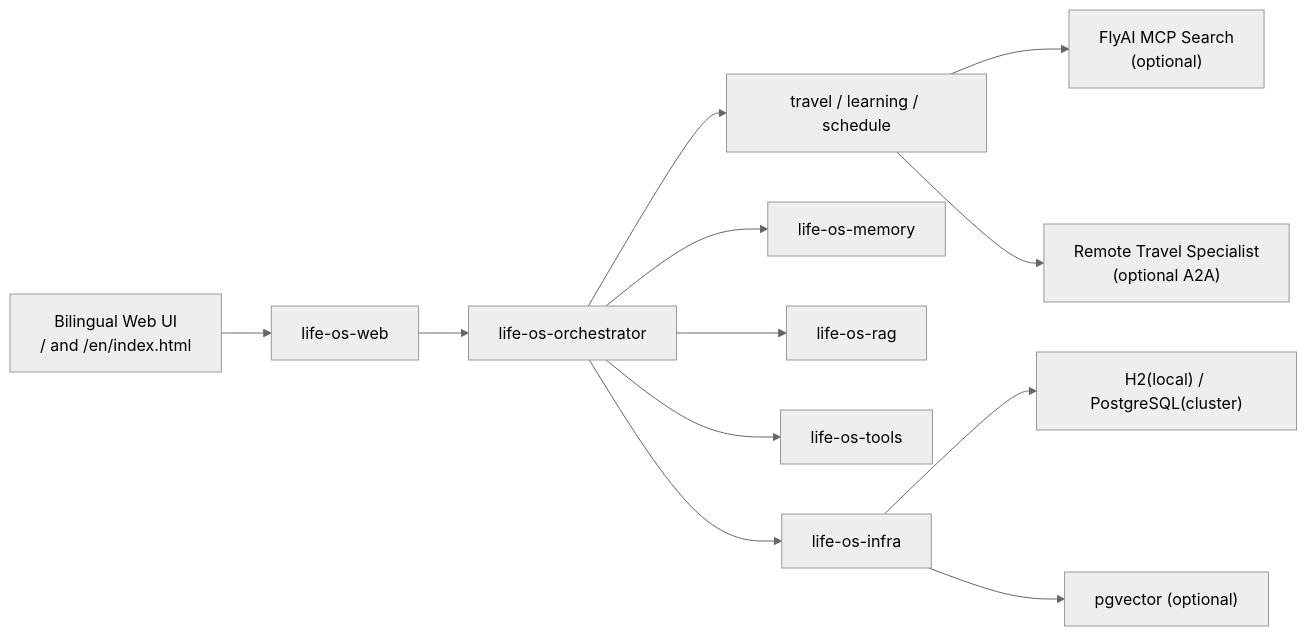
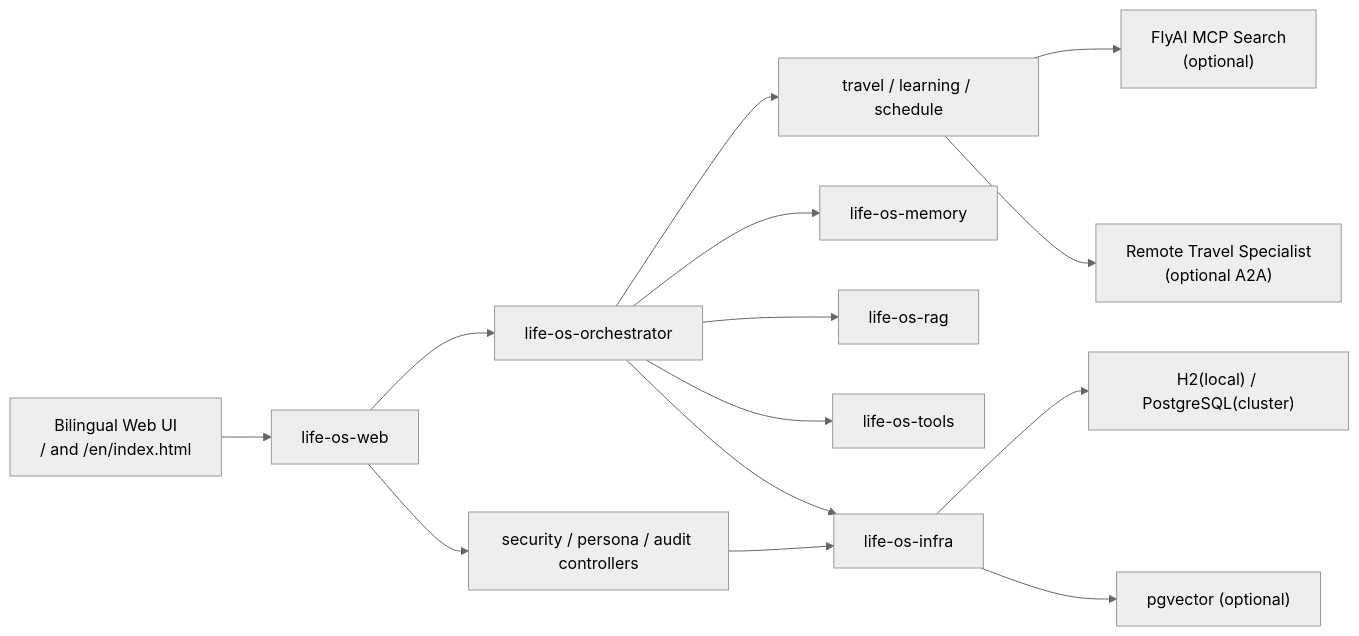
Before and after one commit to chenyuliang1996/life-os: the first of 3 diagrams in docs/architecture.md, drawn with Mermaid (neutral theme). The commit also changed other lines of this file and 59 other files, not shown here.

````diff
--- a/docs/architecture.md
+++ b/docs/architecture.md
@@ -16,14 +16,16 @@
 ```mermaid
 flowchart LR
     UI["Bilingual Web UI<br/>/ and /en/index.html"] --> WEB["life-os-web"]
     WEB --> ORCH["life-os-orchestrator"]
+    WEB --> SEC["security / persona / audit controllers"]
     ORCH --> AGENTS["travel / learning / schedule"]
     AGENTS --> FLY["FlyAI MCP Search<br/>(optional)"]
     AGENTS --> A2A["Remote Travel Specialist<br/>(optional A2A)"]
     ORCH --> MEMORY["life-os-memory"]
     ORCH --> RAG["life-os-rag"]
     ORCH --> TOOLS["life-os-tools"]
     ORCH --> INFRA["life-os-infra"]
+    SEC --> INFRA
     INFRA --> DB["H2(local) / PostgreSQL(cluster)"]
     INFRA --> VDB["pgvector (optional)"]
 ```
````
